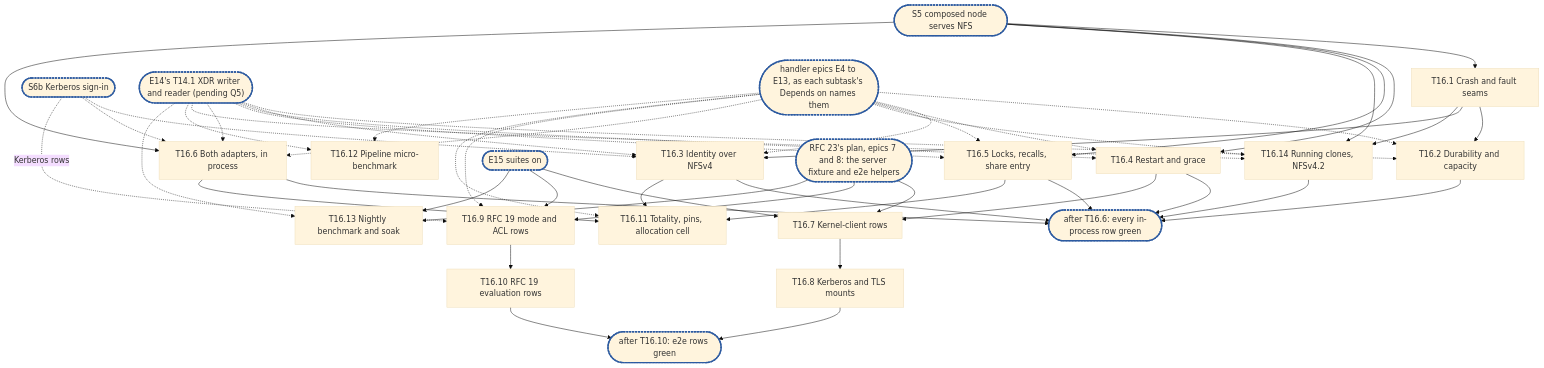
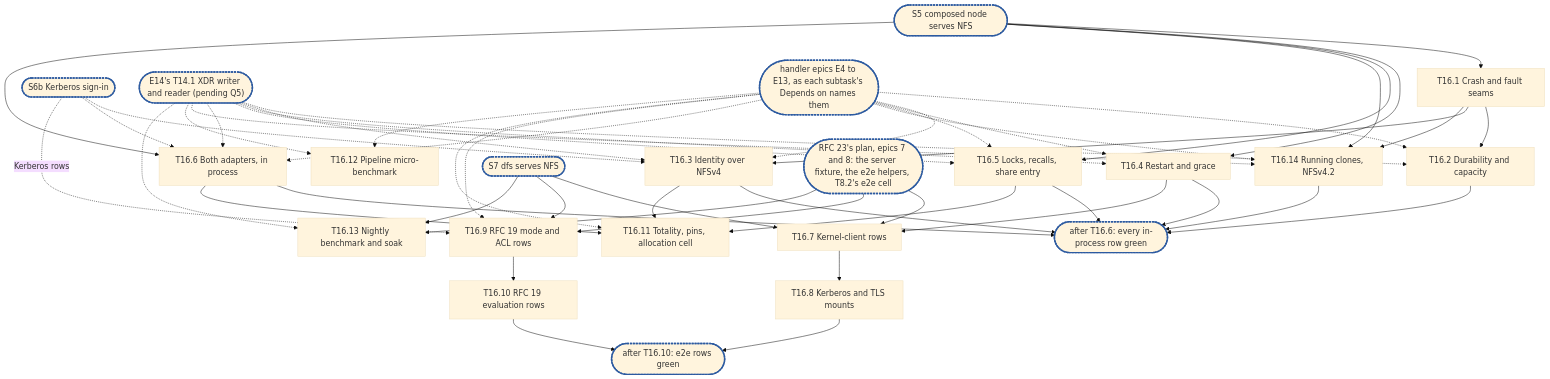
Before and after one commit to cubbit/dittofs: the diagram in .planning/rfc-21-nfs-epic16.md, drawn with Mermaid (base theme). The commit also changed other lines of this file and 1 other file, not shown here.

Commit message:
docs(planning): E16's e2e cells come back with RFC 23's T8.2, not E15

````diff
--- a/.planning/rfc-21-nfs-epic16.md
+++ b/.planning/rfc-21-nfs-epic16.md
@@ -793,28 +799,28 @@
 ```mermaid
 flowchart TD
   S5(["S5 composed node serves NFS"]):::sync --> T16_1["T16.1 Crash and fault seams"]
   T16_1 --> T16_2["T16.2 Durability and capacity"]
   T16_1 --> T16_3["T16.3 Identity over NFSv4"]
   S6b(["S6b Kerberos sign-in"]):::sync -.-> T16_3
   S5 --> T16_4["T16.4 Restart and grace"]
   S5 --> T16_5["T16.5 Locks, recalls, share entry"]
   S5 --> T16_14["T16.14 Running clones, NFSv4.2"]
   T16_1 --> T16_14
   S5 --> T16_6["T16.6 Both adapters, in process"]
   S6b -.-> T16_6
   T16_2 & T16_3 & T16_4 & T16_5 & T16_14 & T16_6 --> C1(["after T16.6: every in-process row green"]):::sync
-  E15(["E15 suites on"]):::sync --> T16_7["T16.7 Kernel-client rows"]
+  S7(["S7 dfs serves NFS"]):::sync --> T16_7["T16.7 Kernel-client rows"]
   T16_4 --> T16_7
   T16_7 --> T16_8["T16.8 Kerberos and TLS mounts"]
-  E15 --> T16_9["T16.9 RFC 19 mode and ACL rows"] --> T16_10["T16.10 RFC 19 evaluation rows"]
+  S7 --> T16_9["T16.9 RFC 19 mode and ACL rows"] --> T16_10["T16.10 RFC 19 evaluation rows"]
   S6b -. "Kerberos rows" .-> T16_9
   T16_8 & T16_10 --> C2(["after T16.10: e2e rows green"]):::sync
   T14_1(["E14's T14.1 XDR writer and reader (pending Q5)"]):::sync -.-> T16_2 & T16_3 & T16_4 & T16_5 & T16_6 & T16_14
   T16_3 & T16_5 & T16_6 --> T16_11["T16.11 Totality, pins, allocation cell"]
   T14_1 -.-> T16_12["T16.12 Pipeline micro-benchmark"]
-  E15 --> T16_13["T16.13 Nightly benchmark and soak"]
+  S7 --> T16_13["T16.13 Nightly benchmark and soak"]
   T14_1 -.-> T16_13
   EH(["handler epics E4 to E13, as each subtask's Depends on names them"]):::sync -.-> T16_2 & T16_3 & T16_4 & T16_5 & T16_14 & T16_6 & T16_9 & T16_11 & T16_12
-  R23(["RFC 23's plan, epics 7 and 8: the server fixture and e2e helpers"]):::sync --> T16_7 & T16_9 & T16_13
+  R23(["RFC 23's plan, epics 7 and 8: the server fixture, the e2e helpers, T8.2's e2e cell"]):::sync --> T16_7 & T16_9 & T16_13
   classDef sync stroke:#2c5aa0,stroke-width:3px,stroke-dasharray:4 2
 ```
````
